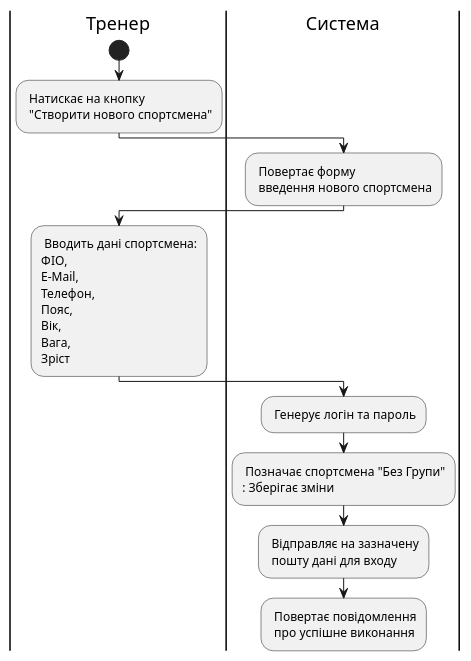
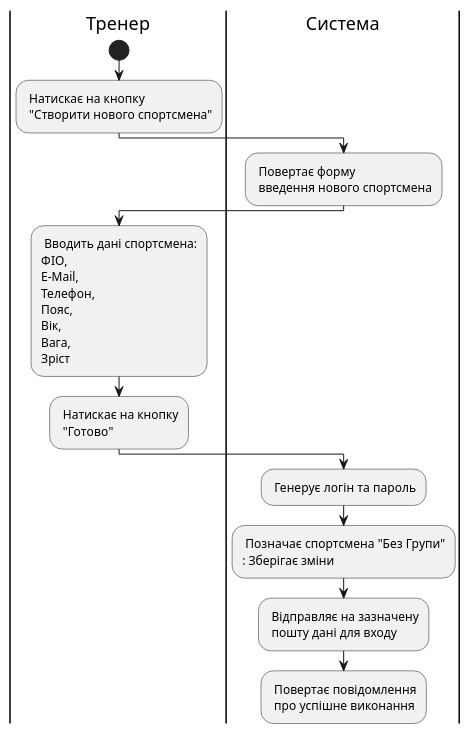
One commit to Loboz1666/database_basics_template changed the diagram in docs/use_cases/createSportman.puml. Above: the diagram before and after it, drawn with PlantUML. The commit also changed 1 other file, not shown here.

```diff
--- a/docs/use_cases/createSportman.puml
+++ b/docs/use_cases/createSportman.puml
@@ -1,15 +1,16 @@
 @startuml
     |Тренер|
         start
         : Натискає на кнопку\n "Створити нового спортсмена";
     |Система|
         : Повертає форму \n введення нового спортсмена;
     |Тренер|
         : Вводить дані спортсмена:\nФІО,\nE-Mail,\nТелефон,\nПояс,\nВік,\nВага,\nЗріст;
+        : Натискає на кнопку\n "Готово";
     |Система|
         : Генерує логін та пароль;
         : Позначає спортсмена "Без Групи"
         : Зберігає зміни;
         : Відправляє на зазначену\n пошту дані для входу;
         : Повертає повідомлення\n про успішне виконання;
 @enduml
```
